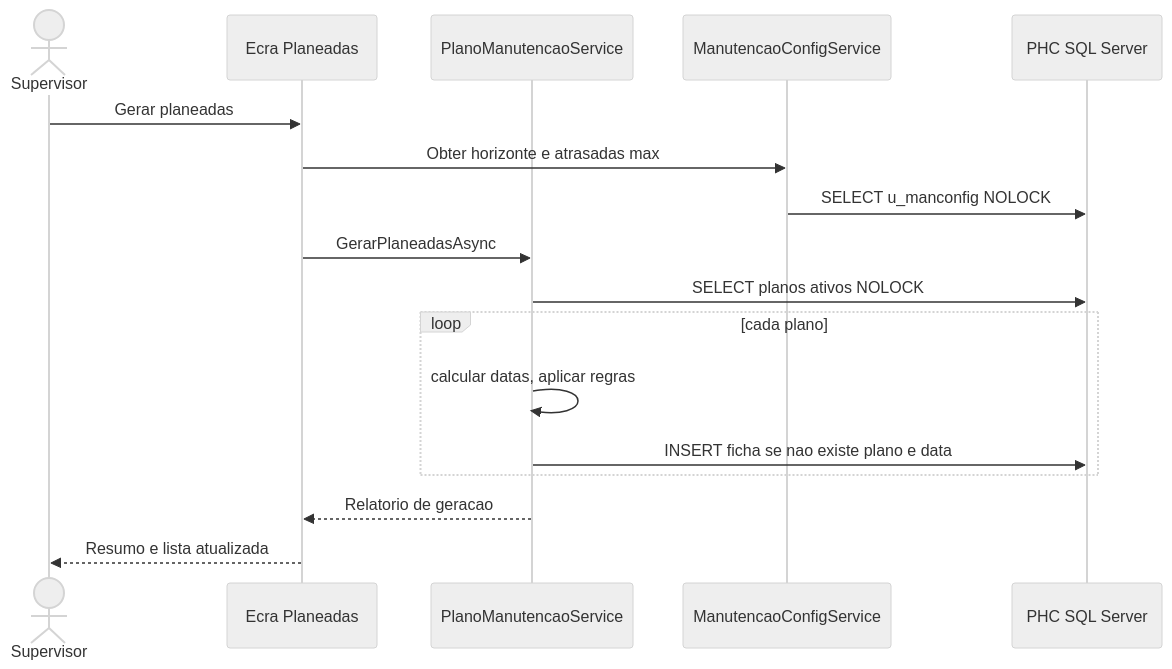
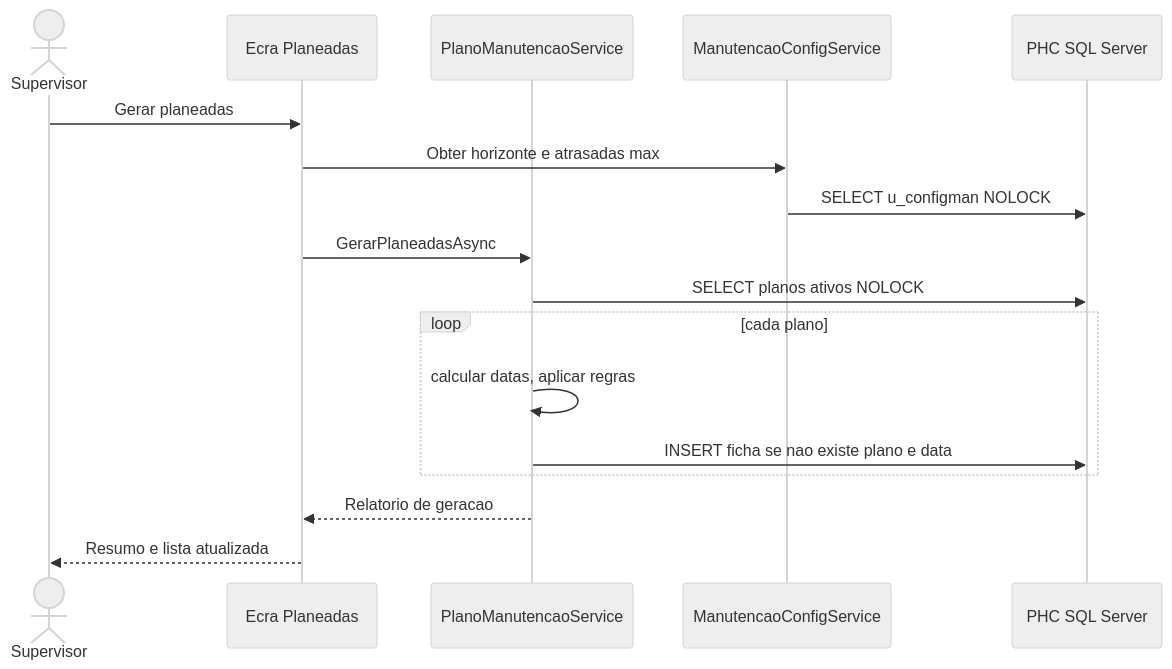
The fourth of 8 diagrams in Planeamento/01-Backoffice-PHC/fluxogramas.md (sigmacodelda/GestorManutencao), drawn with Mermaid (neutral theme) before and after one commit. The commit also changed other lines of this file and 37 other files, not shown here.

````diff
--- a/Planeamento/01-Backoffice-PHC/fluxogramas.md
+++ b/Planeamento/01-Backoffice-PHC/fluxogramas.md
@@ -68,19 +68,19 @@
 ```mermaid
 sequenceDiagram
     actor S as Supervisor
     participant E as Ecra Planeadas
     participant P as PlanoManutencaoService
     participant C as ManutencaoConfigService
     participant DB as PHC SQL Server
     S->>E: Gerar planeadas
     E->>C: Obter horizonte e atrasadas max
-    C->>DB: SELECT u_manconfig NOLOCK
+    C->>DB: SELECT u_configman NOLOCK
     E->>P: GerarPlaneadasAsync
     P->>DB: SELECT planos ativos NOLOCK
     loop cada plano
         P->>P: calcular datas, aplicar regras
         P->>DB: INSERT ficha se nao existe plano e data
     end
     P-->>E: Relatorio de geracao
     E-->>S: Resumo e lista atualizada
 ```
````
